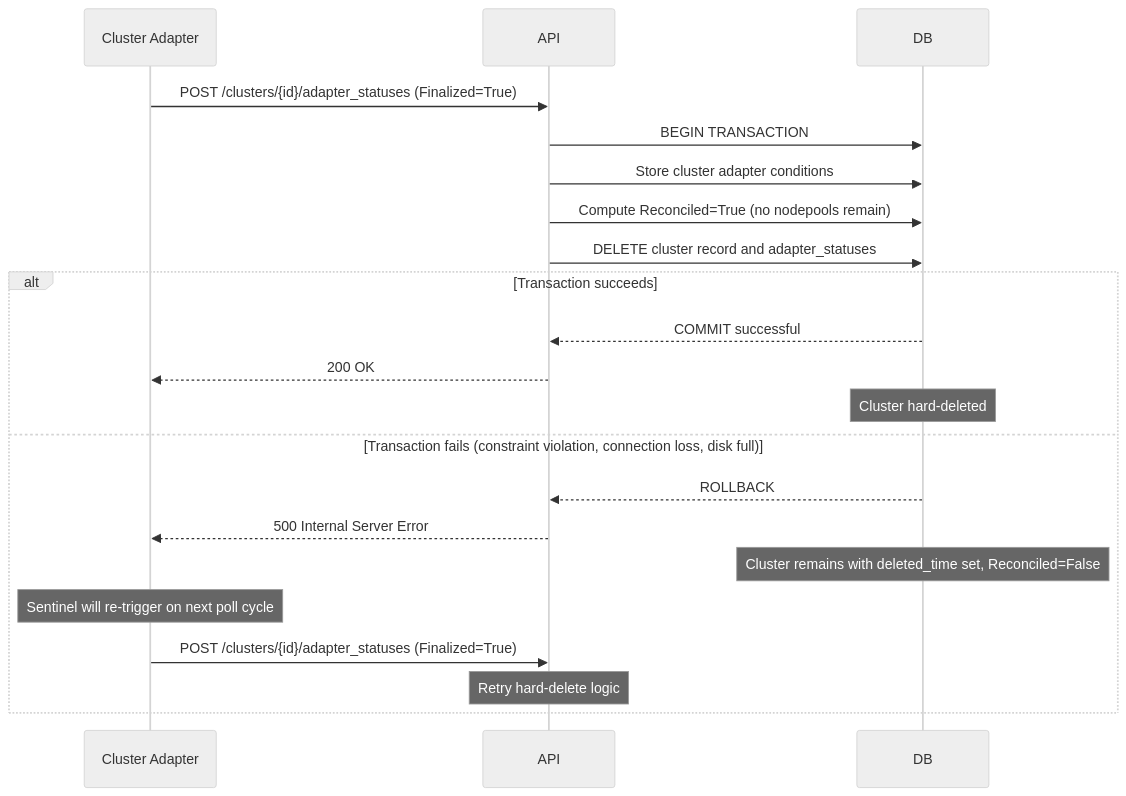
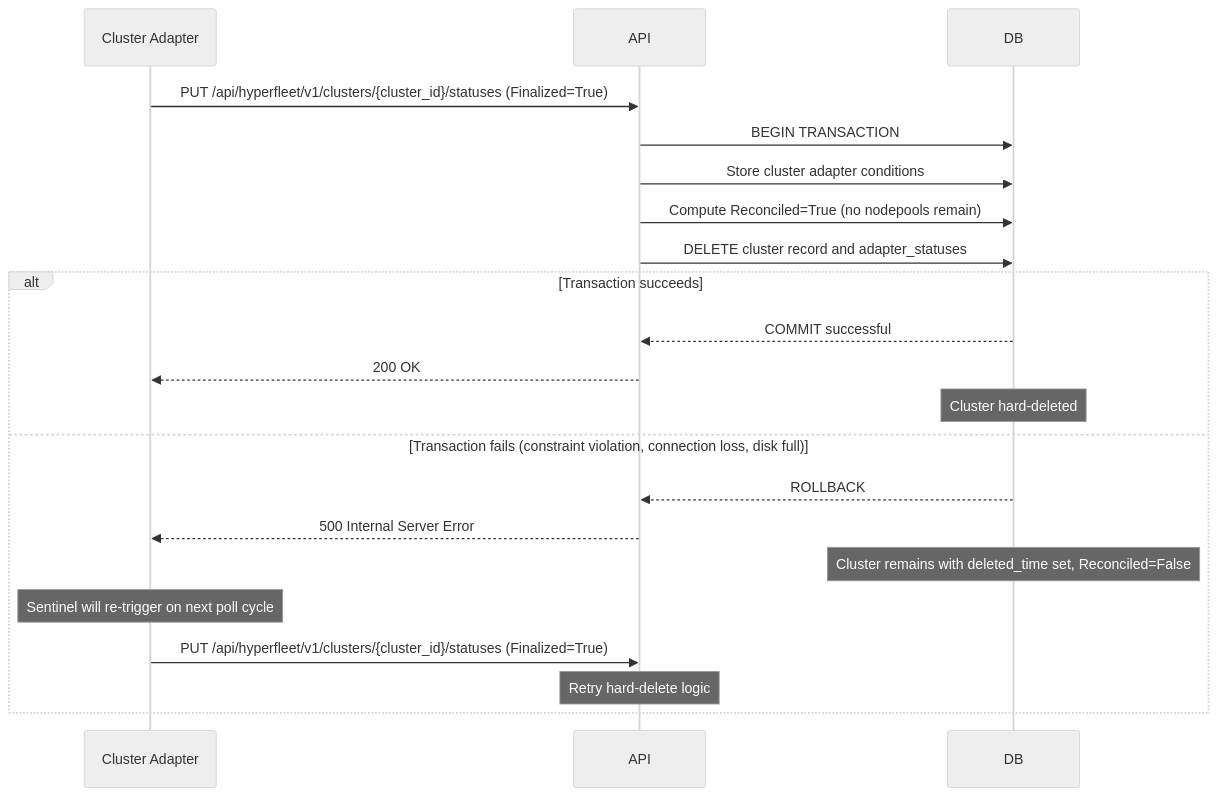
Before and after one commit to rh-amarin/hyperfleet-architecture: the second of 2 diagrams in hyperfleet/components/api-service/hard-delete-design.md, drawn with Mermaid (neutral theme). The commit also changed other lines of this file and 13 other files, not shown here.

Commit message:
HYPERFLEET-978 - docs: Update docs to reflect POST -> PUT changes

````diff
--- a/hyperfleet/components/api-service/hard-delete-design.md
+++ b/hyperfleet/components/api-service/hard-delete-design.md
@@ -128,25 +128,25 @@
 ```mermaid
 sequenceDiagram
     participant CLAdapter as Cluster Adapter
     participant API
     participant DB
 
-    CLAdapter->>API: POST /clusters/{id}/adapter_statuses (Finalized=True)
+    CLAdapter->>API: PUT /api/hyperfleet/v1/clusters/{cluster_id}/statuses (Finalized=True)
     API->>DB: BEGIN TRANSACTION
     API->>DB: Store cluster adapter conditions
     API->>DB: Compute Reconciled=True (no nodepools remain)
     API->>DB: DELETE cluster record and adapter_statuses
     
     alt Transaction succeeds
         DB-->>API: COMMIT successful
         API-->>CLAdapter: 200 OK
         Note over DB: Cluster hard-deleted
     else Transaction fails (constraint violation, connection loss, disk full)
         DB-->>API: ROLLBACK
         API-->>CLAdapter: 500 Internal Server Error
         Note over DB: Cluster remains with deleted_time set, Reconciled=False
         Note over CLAdapter: Sentinel will re-trigger on next poll cycle
-        CLAdapter->>API: POST /clusters/{id}/adapter_statuses (Finalized=True)
+        CLAdapter->>API: PUT /api/hyperfleet/v1/clusters/{cluster_id}/statuses (Finalized=True)
         Note over API: Retry hard-delete logic
     end
 ```
````
